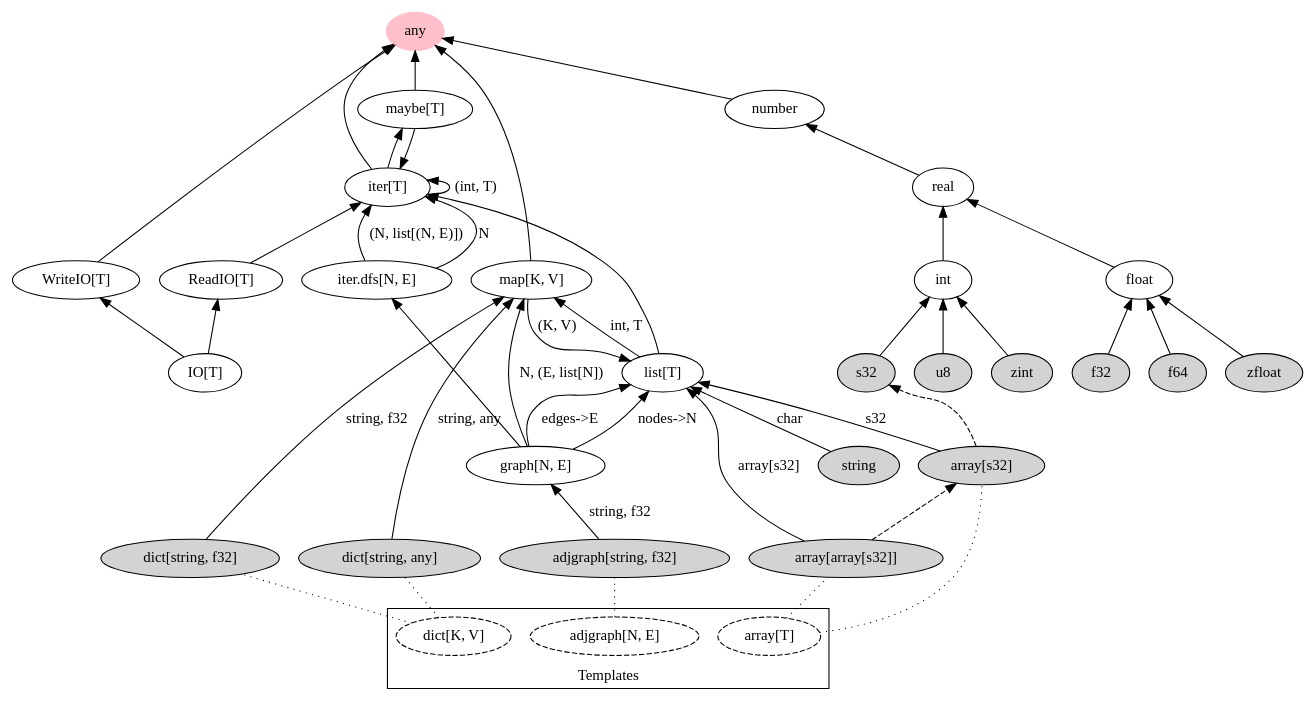
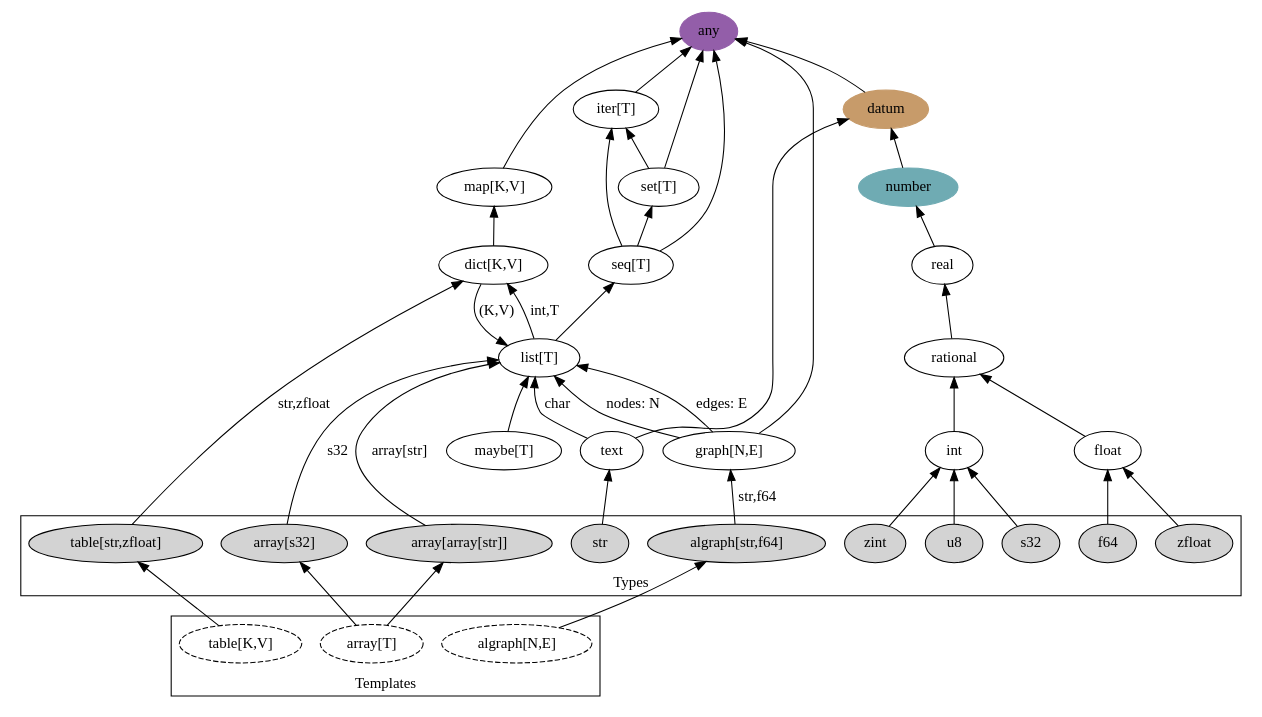
One commit to gcrois/gcrois.github.io changed the diagram in files/src/K0001/types0.dot. Above: the diagram before and after it, drawn with Graphviz. The commit also changed 3 other files, not shown here.

```diff
--- a/files/src/K0001/types0.dot
+++ b/files/src/K0001/types0.dot
@@ -1,108 +1,101 @@
 digraph {
-    #layout="circo";
     #layout="fdp";
-    #rankdir="LR";
     rankdir="BT";
     #concentrate=true;
 
     # CLUSTERS
-
     subgraph cluster_0 {
         label="Templates";
         
         array [label="array[T]", style="dashed"];
-        dict [label="dict[K, V]", style="dashed"];
-        adjgraph [label="adjgraph[N, E]", style="dashed"];
+        table [label="table[K,V]", style="dashed"];
+        algraph [label="algraph[N,E]", style="dashed"];
     }
+
+    subgraph cluster_1 {
+        label="Types";
+        f64, zfloat [style="filled"];
+        u8, s32, zint [style="filled"];
+
+        array0 [label="array[s32]", style="filled"];
+        array1 [label="array[array[str]]", style="filled"];
+
+        table0 [label="table[str,zfloat]", style="filled"];
+
+        algraph0 [label="algraph[str,f64]", style="filled"];
+
+        str [label="str", style="filled"];
+    }
+
+    array0 -> list [label="s32"];
+    array1 -> list [label="array[str]"];
+    array -> array0, array1;
+
+    algraph0 -> graph_ [label="str,f64"];
+    algraph -> algraph0;
+
+    table -> table0;
+    table0 -> dict [label="str,zfloat"];
+    str -> text;
+    text -> list[label="char"];
+
+    #array -> list;
+    #table -> dict;
+    #algraph -> graph_;
 
     # NODES (FORMS)
 
-    any [color="pink", style="filled"];
+    any [color="#935EA9", style="filled"];
 
-    G [label="graph[N, E]"];
-    map [label="map[K, V]"];
-    list [label="list[T]"];
-    iter [label="iter[T]"];
-    maybe [label="maybe[T]"];
+    datum [color="#C79B6A", style="filled"];
+    datum -> any;
 
-    iterdfs [label="iter.dfs[N, E]"];
+    text -> datum;
 
-    ReadIO [label="ReadIO[T]"];
-    WriteIO [label="WriteIO[T]"];
-    IO [label="IO[T]"];
+    number [color="#6FABB3", style="filled"];
+    number -> datum;
+
+    real -> number;
+    rational -> real;
+    float -> rational;
+    int -> rational;
+
+    map [label="map[K,V]"];
+    map -> any;
+
+    set [label="set[T]"];
+    set -> any;
+    set -> iter;
+
+    seq [label="seq[T]"];
+    seq -> any;
+    seq -> iter;
+    seq -> set;
 
 
+    iter [label="iter[T]"];
+    iter -> any;
 
-    # NODES (TYPES)
+    list [label="list[T]"];
+    list -> dict [label="int,T"];
+    list -> seq;
 
-    u8, s32, zint [style="filled"];
-    f32, f64, zfloat [style="filled"];
+    maybe [label="maybe[T]"];
+    maybe -> list;
 
-    string [style="filled"];
+    #func [label="func[A,R]"];
+    #func -> map [label="A,R"];
 
-    array0 [label="array[s32]", style="filled"];
-    array1 [label="array[array[s32]]", style="filled"];
-    dict0 [label="dict[string, f32]", style="filled"];
-    dict1 [label="dict[string, any]", style="filled"];
-    adjgraph0 [label="adjgraph[string, f32]", style="filled"];
+    dict [label="dict[K,V]"];
+    dict -> map;
+    dict -> list [label="(K,V)"];
 
+    graph_ [label="graph[N,E]"];
+    graph_ -> any;
+    graph_ -> list [label="nodes: N"];
+    graph_ -> list [label="edges: E"];
 
+    u8, s32, zint -> int;
+    f64, zfloat -> float;
 
-    # EDGES (SUBTYPE)
-
-    int, float -> real -> number -> any;
-    f32, f64, zfloat -> float;
-    u8, s32, zint -> int;
-
-    maybe -> any;
-    iter -> maybe;
-    maybe -> iter;
-    iterdfs -> iter [label="(N, list[(N, E)])"];
-    iterdfs -> iter [label="N"];
-
-    G -> list [label="nodes->N"];
-    G -> list [label="edges->E"];
-
-    G -> iterdfs;
-
-    G -> map [label="N, (E, list[N])"];
-    #G -> map [label="N, E, list[N]"];
-
-    iter -> any;
-    map -> any;
-
-    # self loop, since iterables can be enumerated
-    iter -> iter [label="(int, T)"];
-
-    IO -> ReadIO, WriteIO;
-    ReadIO -> iter;
-    WriteIO -> any;
-
-    list -> iter;
-
-    list -> map [label="int, T"];
-    map -> list [label="(K, V)"];
-
-    string -> list [label="char"];
-
-    array0 -> list [label="s32"];
-    array1 -> list [label="array[s32]"];
-
-    adjgraph0 -> G [label="string, f32"];
-
-    dict0 -> map [label="string, f32"];
-    dict1 -> map [label="string, any"];
-
-    # EDGES (DECAY)
-
-    array0 -> s32 [style="dashed"];
-    array1 -> array0 [style="dashed"];
-
-    # EDGES (TEMPLATE)
-
-    adjgraph -> adjgraph0 [style="dotted", arrowhead="none"];
-
-    array -> array0, array1 [style="dotted", arrowhead="none"];
-
-    dict -> dict0, dict1 [style="dotted", arrowhead="none"];
 }
```
